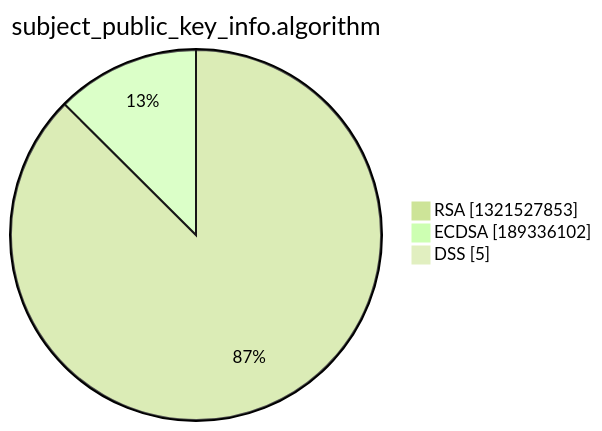
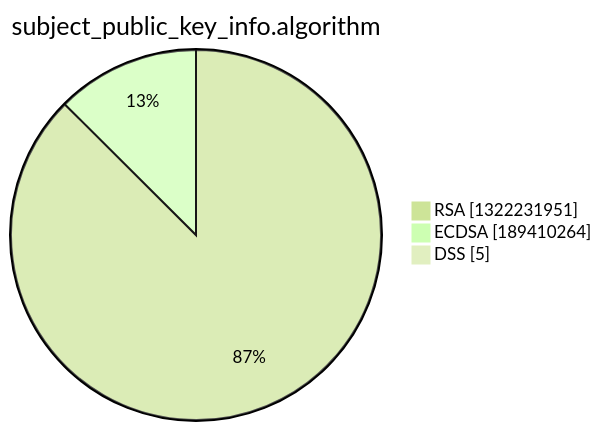
One commit to christiankrug/ctmonitor_visualization changed the third of 15 diagrams in xenon2022/README.md. Above: the diagram before and after it, drawn with Mermaid (forest theme). The commit also changed other lines of this file, not shown here.

````diff
--- a/xenon2022/README.md
+++ b/xenon2022/README.md
@@ -14,7 +14,7 @@
 ```mermaid
 pie showData
 title subject_public_key_info.algorithm
-"RSA" :1321527853
-"ECDSA" :189336102
+"RSA" :1322231951
+"ECDSA" :189410264
 "DSS" :5
 ```
````
